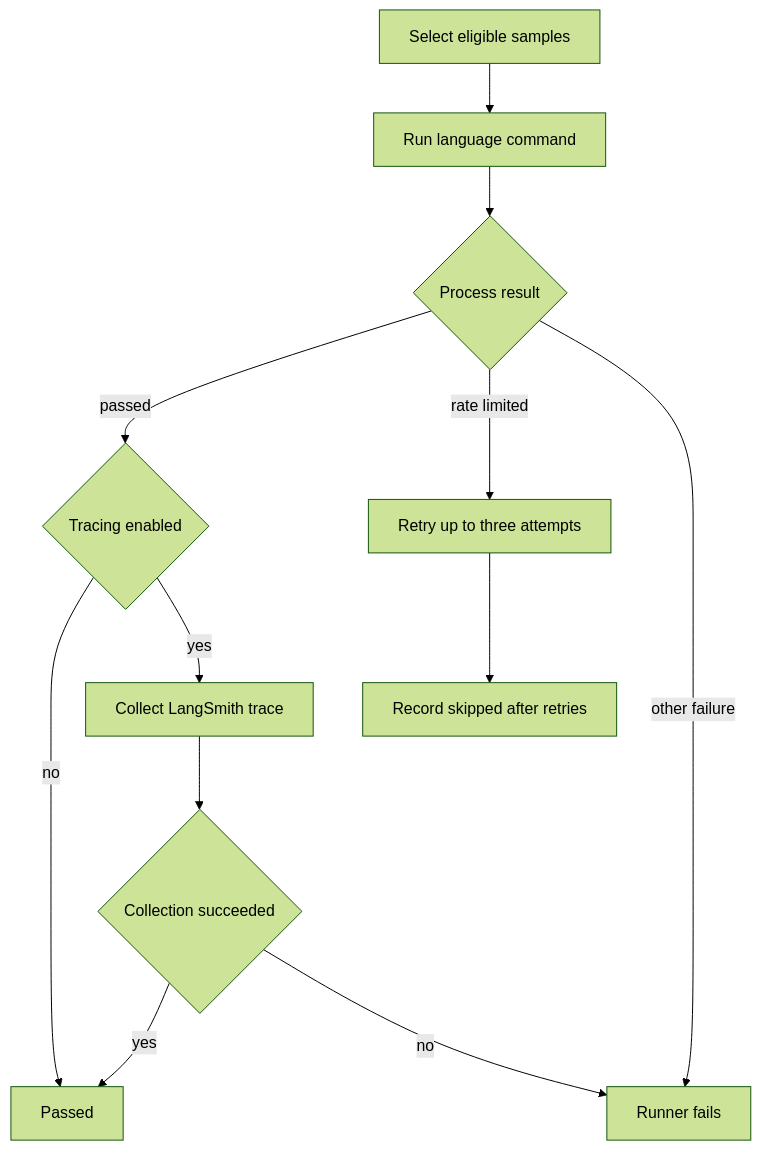
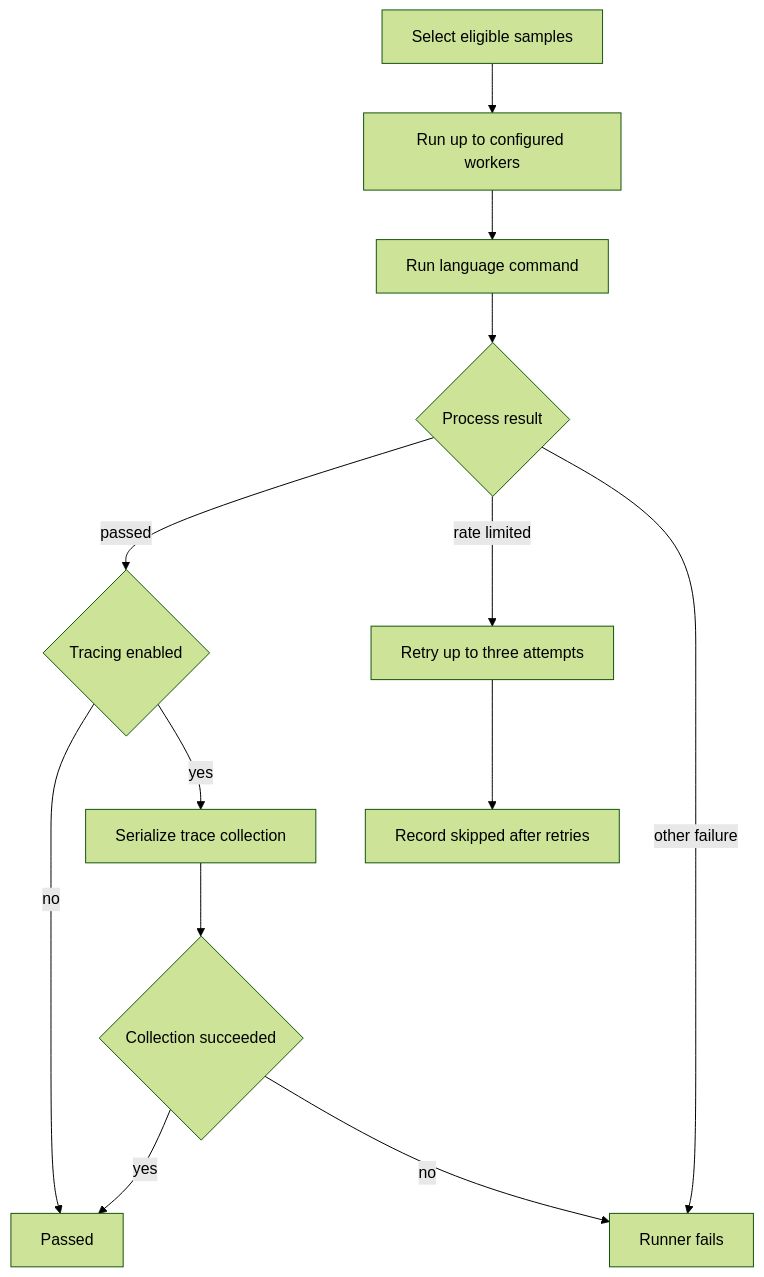
Before and after one commit to langchain-ai/docs: the fourth of 4 diagrams in openwiki/testing/test-overview.md, drawn with Mermaid (forest theme). The commit also changed other lines of this file and 25 other files, not shown here.

````diff
--- a/openwiki/testing/test-overview.md
+++ b/openwiki/testing/test-overview.md
@@ -182,14 +144,15 @@
 ```mermaid
 flowchart TD
-  Select["Select eligible samples"] --> Run["Run language command"]
+  Select["Select eligible samples"] --> Workers["Run up to configured workers"]
+  Workers --> Run["Run language command"]
   Run --> Result{"Process result"}
   Result -->|"passed"| Trace{"Tracing enabled"}
   Trace -->|"no"| Pass["Passed"]
-  Trace -->|"yes"| Collect["Collect LangSmith trace"]
+  Trace -->|"yes"| Collect["Serialize trace collection"]
   Collect --> TraceResult{"Collection succeeded"}
   TraceResult -->|"yes"| Pass
   TraceResult -->|"no"| Fail["Runner fails"]
   Result -->|"rate limited"| Retry["Retry up to three attempts"]
   Retry --> Skip["Record skipped after retries"]
   Result -->|"other failure"| Fail
 ```
````
